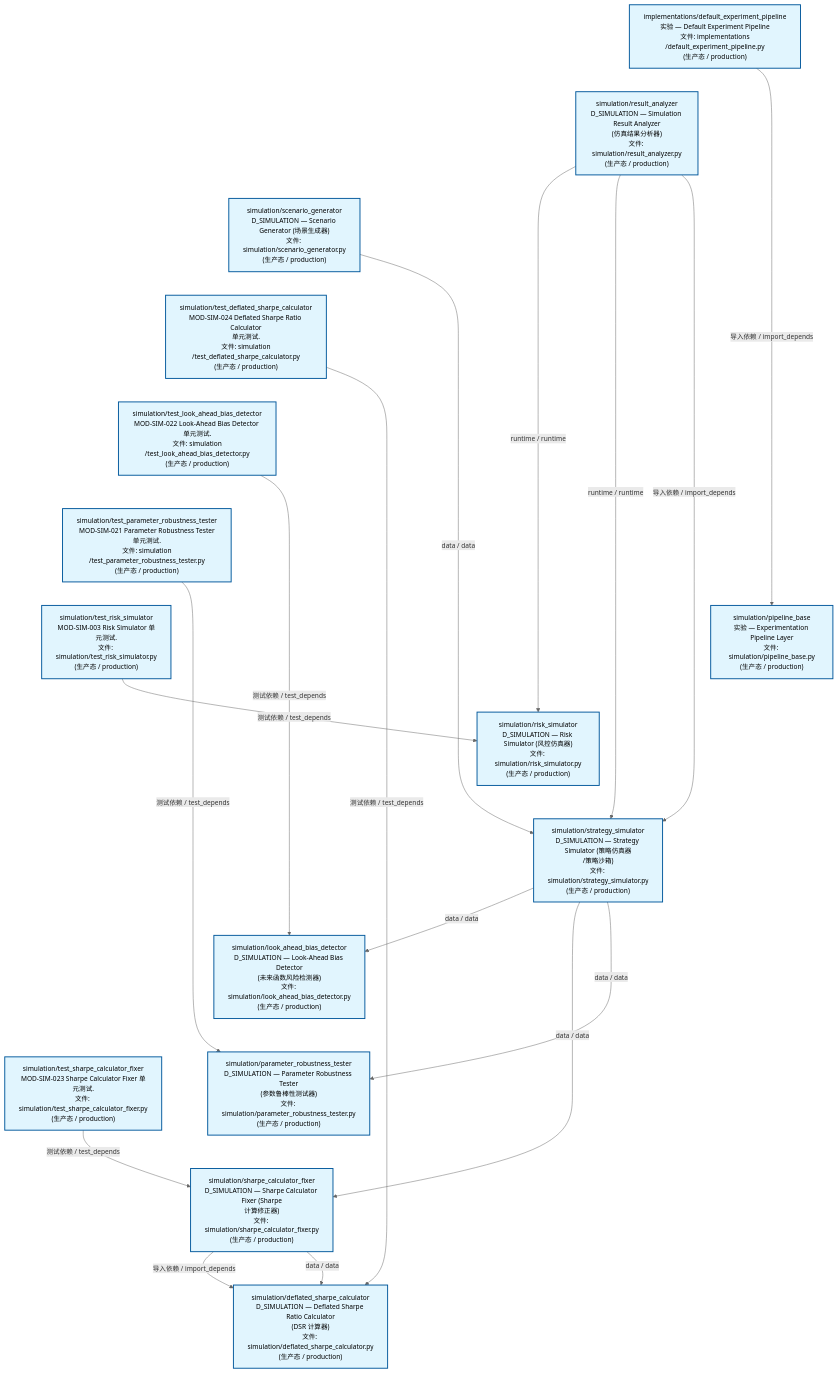
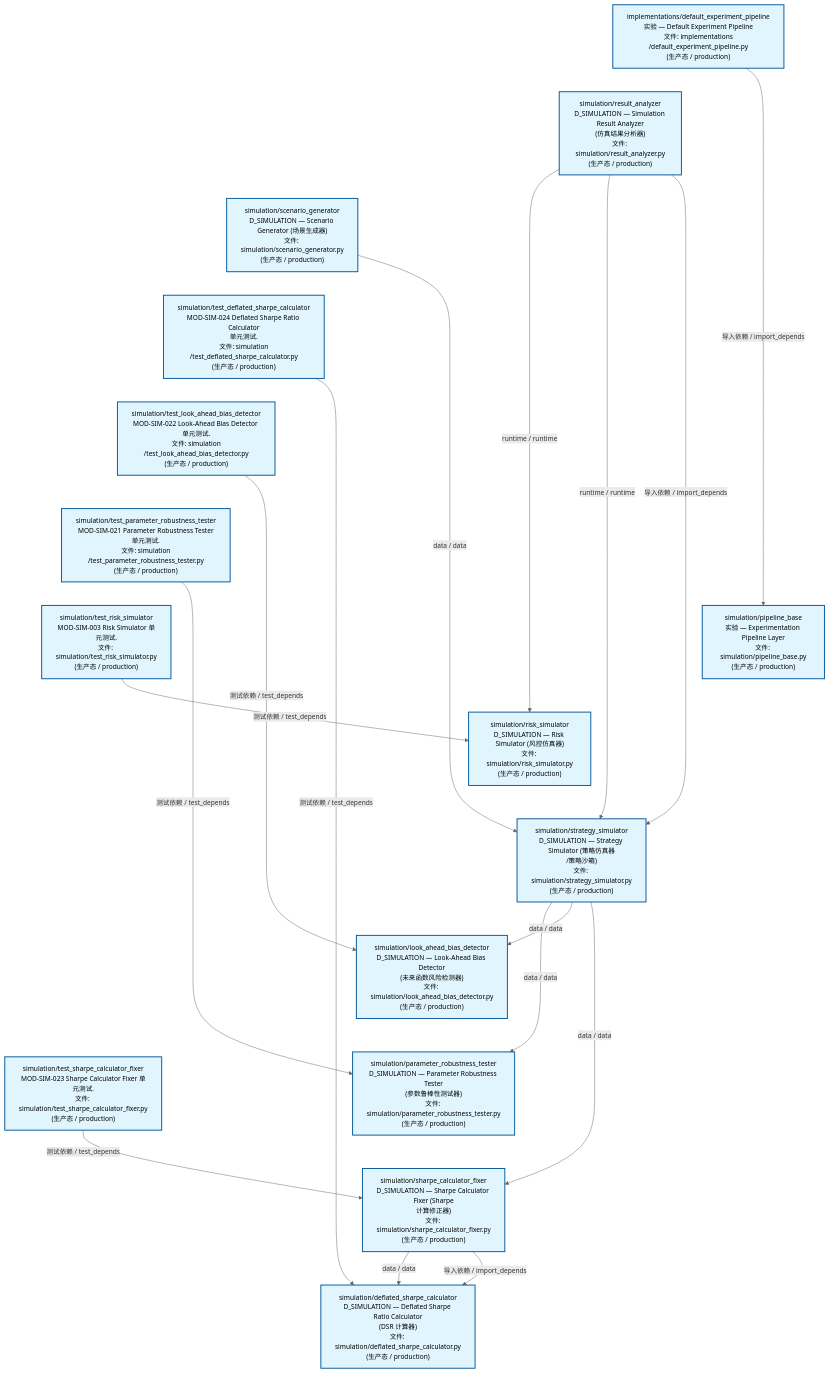
Before and after one commit to xuanFelixVan/ZephyrAlpha: the second of 3 diagrams in docs/02_enterprise_architecture/02_domain_architecture_docs/70_d_simulation.md, drawn with Mermaid. The commit also changed other lines of this file and 55 other files, not shown here.

````diff
--- a/docs/02_enterprise_architecture/02_domain_architecture_docs/70_d_simulation.md
+++ b/docs/02_enterprise_architecture/02_domain_architecture_docs/70_d_simulation.md
@@ -123,50 +123,50 @@
 ```mermaid
 %%{init: {'theme': 'base', 'themeVariables': {'primaryColor': '#eaeaea', 'primaryTextColor': '#333333', 'primaryBorderColor': '#666666', 'lineColor': '#666666', 'secondaryColor': '#eaeaea', 'tertiaryColor': '#eaeaea', 'fontSize': '14px'}}}%%
 flowchart TD
     src_zephyr_simulation_implementations_default_experiment_pipeline_py["implementations/default_experiment_pipeline<br/>实验 — Default Experiment Pipeline<br/>文件: implementations<br/>/default_experiment_pipeline.py<br/>(生产态 / production)"]
     src_zephyr_simulation_result_analyzer_py["simulation/result_analyzer<br/>D_SIMULATION — Simulation Result Analyzer<br/>(仿真结果分析器)<br/>文件: simulation/result_analyzer.py<br/>(生产态 / production)"]
     src_zephyr_simulation_scenario_generator_py["simulation/scenario_generator<br/>D_SIMULATION — Scenario Generator (场景生成器)<br/>文件: simulation/scenario_generator.py<br/>(生产态 / production)"]
     tests_simulation_test_deflated_sharpe_calculator_py["simulation/test_deflated_sharpe_calculator<br/>MOD-SIM-024 Deflated Sharpe Ratio Calculator<br/>单元测试.<br/>文件: simulation<br/>/test_deflated_sharpe_calculator.py<br/>(生产态 / production)"]
     tests_simulation_test_look_ahead_bias_detector_py["simulation/test_look_ahead_bias_detector<br/>MOD-SIM-022 Look-Ahead Bias Detector 单元测试.<br/>文件: simulation<br/>/test_look_ahead_bias_detector.py<br/>(生产态 / production)"]
     tests_simulation_test_parameter_robustness_tester_py["simulation/test_parameter_robustness_tester<br/>MOD-SIM-021 Parameter Robustness Tester<br/>单元测试.<br/>文件: simulation<br/>/test_parameter_robustness_tester.py<br/>(生产态 / production)"]
     tests_simulation_test_risk_simulator_py["simulation/test_risk_simulator<br/>MOD-SIM-003 Risk Simulator 单元测试.<br/>文件: simulation/test_risk_simulator.py<br/>(生产态 / production)"]
     tests_simulation_test_sharpe_calculator_fixer_py["simulation/test_sharpe_calculator_fixer<br/>MOD-SIM-023 Sharpe Calculator Fixer 单元测试.<br/>文件: simulation/test_sharpe_calculator_fixer.py<br/>(生产态 / production)"]
     src_zephyr_simulation_implementations_default_experiment_pipeline_py ~~~ src_zephyr_simulation_result_analyzer_py
     src_zephyr_simulation_result_analyzer_py ~~~ src_zephyr_simulation_scenario_generator_py
     src_zephyr_simulation_scenario_generator_py ~~~ tests_simulation_test_deflated_sharpe_calculator_py
     tests_simulation_test_deflated_sharpe_calculator_py ~~~ tests_simulation_test_look_ahead_bias_detector_py
     tests_simulation_test_look_ahead_bias_detector_py ~~~ tests_simulation_test_parameter_robustness_tester_py
     tests_simulation_test_parameter_robustness_tester_py ~~~ tests_simulation_test_risk_simulator_py
     tests_simulation_test_risk_simulator_py ~~~ tests_simulation_test_sharpe_calculator_fixer_py
     src_zephyr_simulation_pipeline_base_py["simulation/pipeline_base<br/>实验 — Experimentation Pipeline Layer<br/>文件: simulation/pipeline_base.py<br/>(生产态 / production)"]
     src_zephyr_simulation_risk_simulator_py["simulation/risk_simulator<br/>D_SIMULATION — Risk Simulator (风控仿真器)<br/>文件: simulation/risk_simulator.py<br/>(生产态 / production)"]
     src_zephyr_simulation_strategy_simulator_py["simulation/strategy_simulator<br/>D_SIMULATION — Strategy Simulator (策略仿真器<br/>/策略沙箱)<br/>文件: simulation/strategy_simulator.py<br/>(生产态 / production)"]
     src_zephyr_simulation_pipeline_base_py ~~~ src_zephyr_simulation_risk_simulator_py
     src_zephyr_simulation_risk_simulator_py ~~~ src_zephyr_simulation_strategy_simulator_py
     src_zephyr_simulation_look_ahead_bias_detector_py["simulation/look_ahead_bias_detector<br/>D_SIMULATION — Look-Ahead Bias Detector<br/>(未来函数风险检测器)<br/>文件: simulation/look_ahead_bias_detector.py<br/>(生产态 / production)"]
     src_zephyr_simulation_parameter_robustness_tester_py["simulation/parameter_robustness_tester<br/>D_SIMULATION — Parameter Robustness Tester<br/>(参数鲁棒性测试器)<br/>文件: simulation/parameter_robustness_tester.py<br/>(生产态 / production)"]
     src_zephyr_simulation_sharpe_calculator_fixer_py["simulation/sharpe_calculator_fixer<br/>D_SIMULATION — Sharpe Calculator Fixer (Sharpe<br/>计算修正器)<br/>文件: simulation/sharpe_calculator_fixer.py<br/>(生产态 / production)"]
     src_zephyr_simulation_look_ahead_bias_detector_py ~~~ src_zephyr_simulation_parameter_robustness_tester_py
     src_zephyr_simulation_parameter_robustness_tester_py ~~~ src_zephyr_simulation_sharpe_calculator_fixer_py
     src_zephyr_simulation_deflated_sharpe_calculator_py["simulation/deflated_sharpe_calculator<br/>D_SIMULATION — Deflated Sharpe Ratio Calculator<br/>(DSR 计算器)<br/>文件: simulation/deflated_sharpe_calculator.py<br/>(生产态 / production)"]
+    src_zephyr_simulation_scenario_generator_py -->|data / data| src_zephyr_simulation_strategy_simulator_py
+    src_zephyr_simulation_sharpe_calculator_fixer_py -->|data / data| src_zephyr_simulation_deflated_sharpe_calculator_py
     src_zephyr_simulation_sharpe_calculator_fixer_py -->|导入依赖 / import_depends| src_zephyr_simulation_deflated_sharpe_calculator_py
-    src_zephyr_simulation_sharpe_calculator_fixer_py -->|data / data| src_zephyr_simulation_deflated_sharpe_calculator_py
     src_zephyr_simulation_result_analyzer_py -->|runtime / runtime| src_zephyr_simulation_risk_simulator_py
     src_zephyr_simulation_result_analyzer_py -->|runtime / runtime| src_zephyr_simulation_strategy_simulator_py
     src_zephyr_simulation_result_analyzer_py -->|导入依赖 / import_depends| src_zephyr_simulation_strategy_simulator_py
-    src_zephyr_simulation_scenario_generator_py -->|data / data| src_zephyr_simulation_strategy_simulator_py
-    src_zephyr_simulation_implementations_default_experiment_pipeline_py -->|导入依赖 / import_depends| src_zephyr_simulation_pipeline_base_py
+    src_zephyr_simulation_strategy_simulator_py -->|data / data| src_zephyr_simulation_parameter_robustness_tester_py
     src_zephyr_simulation_strategy_simulator_py -->|data / data| src_zephyr_simulation_look_ahead_bias_detector_py
     src_zephyr_simulation_strategy_simulator_py -->|data / data| src_zephyr_simulation_sharpe_calculator_fixer_py
-    src_zephyr_simulation_strategy_simulator_py -->|data / data| src_zephyr_simulation_parameter_robustness_tester_py
+    src_zephyr_simulation_implementations_default_experiment_pipeline_py -->|导入依赖 / import_depends| src_zephyr_simulation_pipeline_base_py
+    tests_simulation_test_deflated_sharpe_calculator_py -->|测试依赖 / test_depends| src_zephyr_simulation_deflated_sharpe_calculator_py
     tests_simulation_test_look_ahead_bias_detector_py -->|测试依赖 / test_depends| src_zephyr_simulation_look_ahead_bias_detector_py
-    tests_simulation_test_deflated_sharpe_calculator_py -->|测试依赖 / test_depends| src_zephyr_simulation_deflated_sharpe_calculator_py
+    tests_simulation_test_sharpe_calculator_fixer_py -->|测试依赖 / test_depends| src_zephyr_simulation_sharpe_calculator_fixer_py
     tests_simulation_test_risk_simulator_py -->|测试依赖 / test_depends| src_zephyr_simulation_risk_simulator_py
     tests_simulation_test_parameter_robustness_tester_py -->|测试依赖 / test_depends| src_zephyr_simulation_parameter_robustness_tester_py
-    tests_simulation_test_sharpe_calculator_fixer_py -->|测试依赖 / test_depends| src_zephyr_simulation_sharpe_calculator_fixer_py
     classDef production fill:#e1f5fe,stroke:#01579b,stroke-width:2px,color:#000
     classDef design fill:#fff3e0,stroke:#e65100,stroke-width:2px,color:#000,stroke-dasharray: 5 5
     classDef external_prod fill:#e8f4fd,stroke:#0277bd,stroke-width:1px,color:#000
     classDef external_design fill:#fff8e7,stroke:#ef6c00,stroke-width:1px,color:#000,stroke-dasharray: 5 5
     class src_zephyr_simulation_deflated_sharpe_calculator_py,src_zephyr_simulation_implementations_default_experiment_pipeline_py,src_zephyr_simulation_look_ahead_bias_detector_py,src_zephyr_simulation_parameter_robustness_tester_py,src_zephyr_simulation_pipeline_base_py,src_zephyr_simulation_result_analyzer_py,src_zephyr_simulation_risk_simulator_py,src_zephyr_simulation_scenario_generator_py,src_zephyr_simulation_sharpe_calculator_fixer_py,src_zephyr_simulation_strategy_simulator_py,tests_simulation_test_deflated_sharpe_calculator_py,tests_simulation_test_look_ahead_bias_detector_py,tests_simulation_test_parameter_robustness_tester_py,tests_simulation_test_risk_simulator_py,tests_simulation_test_sharpe_calculator_fixer_py production
 ```
````
